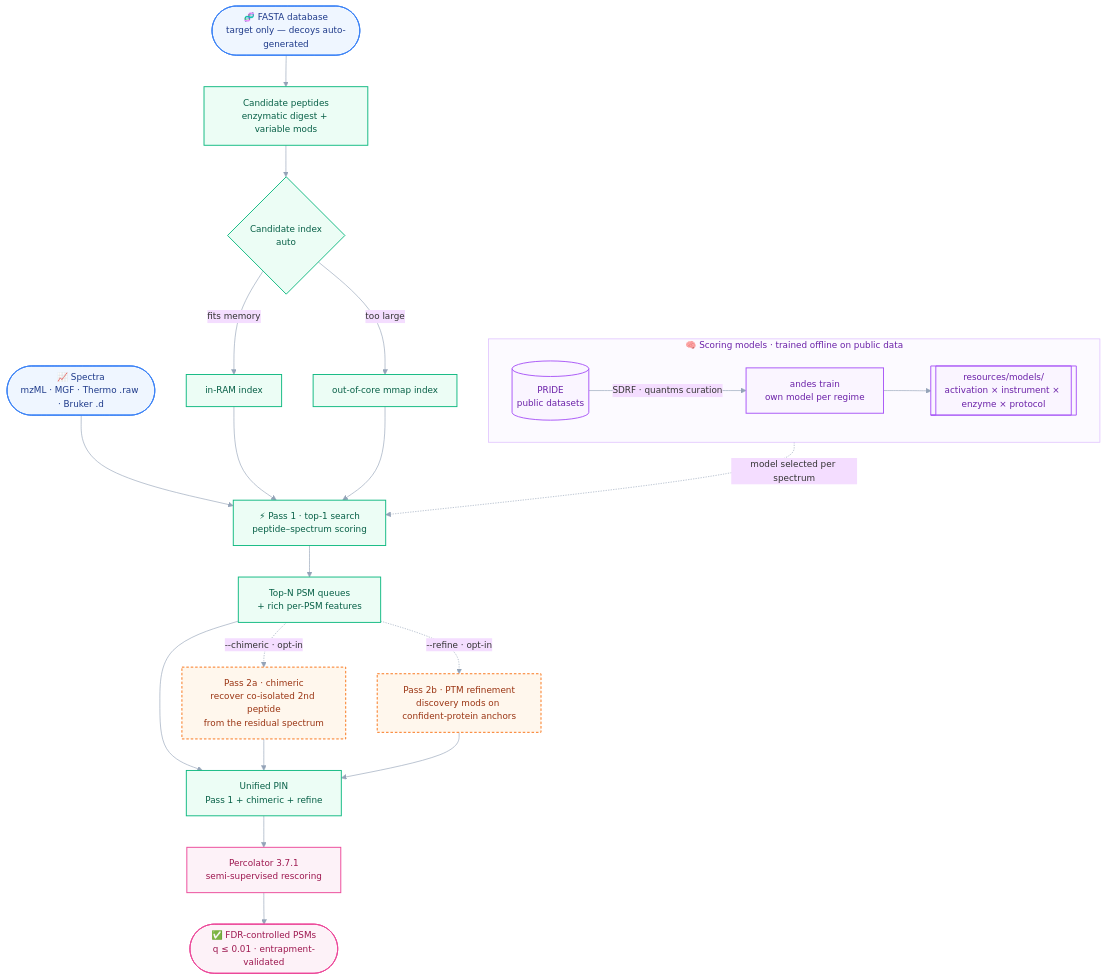
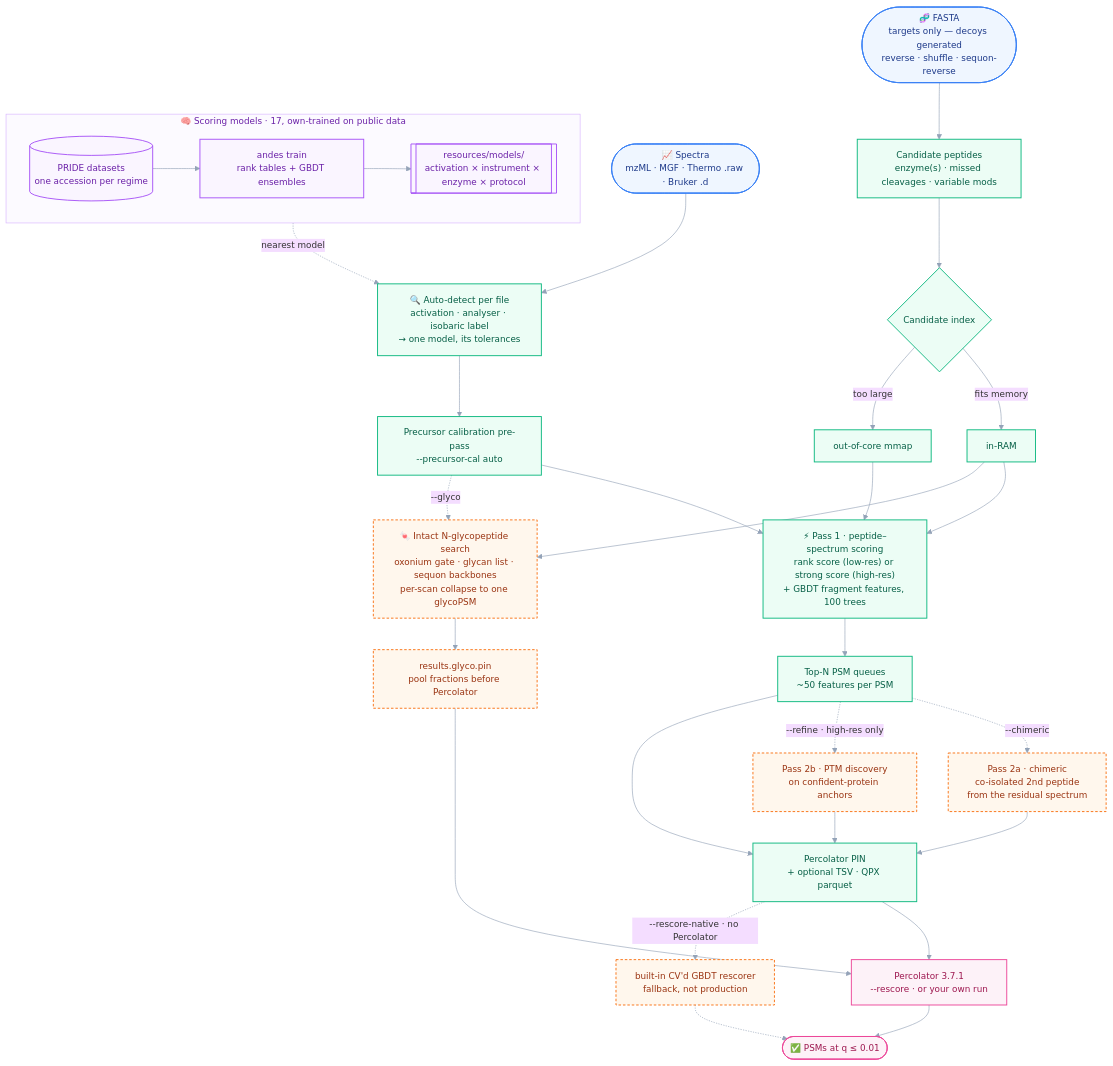
The diagram in README.md (bigbio/andes), drawn with Mermaid before and after one commit. The commit also changed other lines of this file, not shown here.

Commit message:
docs(readme): bring the How-it-works diagram in line with the engine
The diagram showed a model selected per spectrum (it is per file, from auto-detected
activation, analyser and label), omitted the auto-detection and precursor-calibration
pre-pass, omitted --glyco entirely (a separate pipeline with its own PIN that must be
pooled before Percolator), omitted the native rescorer fallback, credited an SDRF/quantms
curation step the training path no longer uses, and labelled the output
entrapment-validated, which is a benchmark measurement rather than an engine step. The
numbered steps are rewritten to match, including score-mode selection and the 100-tree
default.

````diff
--- a/README.md
+++ b/README.md
@@ -57,51 +58,63 @@
 ```mermaid
 %%{init: {"theme":"base","themeVariables":{"fontFamily":"ui-sans-serif, system-ui, sans-serif","fontSize":"14px","lineColor":"#94a3b8","primaryBorderColor":"#cbd5e1"}}}%%
 flowchart TD
     %% ---- Scoring models (trained offline) ----
-    subgraph TRAIN["🧠 Scoring models · trained offline on public data"]
+    subgraph TRAIN["🧠 Scoring models · 17, own-trained on public data"]
       direction LR
-      PRIDE[("PRIDE<br/>public datasets")] -->|"SDRF · quantms curation"| TR["andes train<br/>own model per regime"]
+      PRIDE[("PRIDE datasets<br/>one accession per regime")] --> TR["andes train<br/>rank tables + GBDT ensembles"]
       TR --> STORE[["resources/models/<br/>activation × instrument × enzyme × protocol"]]
     end
 
     %% ---- Inputs ----
     SPEC(["📈 Spectra<br/>mzML · MGF · Thermo .raw · Bruker .d"])
-    DB(["🧬 FASTA database<br/>target only — decoys auto-generated"])
+    DB(["🧬 FASTA<br/>targets only — decoys generated<br/>reverse · shuffle · sequon-reverse"])
+
+    %% ---- Resolve the run ----
+    SPEC --> DET["🔍 Auto-detect per file<br/>activation · analyser · isobaric label<br/>→ one model, its tolerances"]
+    STORE -. nearest model .-> DET
+    DET --> CAL["Precursor calibration pre-pass<br/>--precursor-cal auto"]
 
     %% ---- Candidate generation ----
-    DB --> CAND["Candidate peptides<br/>enzymatic digest + variable mods"]
-    CAND --> IDX{"Candidate index<br/>auto"}
-    IDX -->|"fits memory"| RAM["in-RAM index"]
-    IDX -->|"too large"| MMAP["out-of-core mmap index"]
+    DB --> CAND["Candidate peptides<br/>enzyme(s) · missed cleavages · variable mods"]
+    CAND --> IDX{"Candidate index"}
+    IDX -->|"fits memory"| RAM["in-RAM"]
+    IDX -->|"too large"| MMAP["out-of-core mmap"]
 
     %% ---- Pass 1 ----
-    SPEC --> P1["⚡ Pass 1 · top-1 search<br/>peptide–spectrum scoring"]
+    CAL --> P1["⚡ Pass 1 · peptide–spectrum scoring<br/>rank score (low-res) or strong score (high-res)<br/>+ GBDT fragment features, 100 trees"]
     RAM --> P1
     MMAP --> P1
-    STORE -. model selected per spectrum .-> P1
-    P1 --> QUEUE["Top-N PSM queues<br/>+ rich per-PSM features"]
+    P1 --> QUEUE["Top-N PSM queues<br/>~50 features per PSM"]
 
     %% ---- Optional second passes ----
-    QUEUE -.->|"--chimeric · opt-in"| CHIM["Pass 2a · chimeric<br/>recover co-isolated 2nd peptide<br/>from the residual spectrum"]
-    QUEUE -.->|"--refine · opt-in"| REF["Pass 2b · PTM refinement<br/>discovery mods on confident-protein anchors"]
+    QUEUE -.->|"--chimeric"| CHIM["Pass 2a · chimeric<br/>co-isolated 2nd peptide<br/>from the residual spectrum"]
+    QUEUE -.->|"--refine · high-res only"| REF["Pass 2b · PTM discovery<br/>on confident-protein anchors"]
+
+    %% ---- Glyco branch ----
+    CAL -.->|"--glyco"| GLY["🍬 Intact N-glycopeptide search<br/>oxonium gate · glycan list · sequon backbones<br/>per-scan collapse to one glycoPSM"]
+    RAM --> GLY
+    GLY --> GPIN["results.glyco.pin<br/>pool fractions before Percolator"]
 
     %% ---- Merge + rescore ----
-    QUEUE --> MERGE["Unified PIN<br/>Pass 1 + chimeric + refine"]
-    CHIM --> MERGE
-    REF --> MERGE
-    MERGE --> PERC["Percolator 3.7.1<br/>semi-supervised rescoring"]
-    PERC --> OUT(["✅ FDR-controlled PSMs<br/>q ≤ 0.01 · entrapment-validated"])
+    QUEUE --> PIN["Percolator PIN<br/>+ optional TSV · QPX parquet"]
+    CHIM --> PIN
+    REF --> PIN
+    PIN --> PERC["Percolator 3.7.1<br/>--rescore · or your own run"]
+    GPIN --> PERC
+    PERC --> OUT(["✅ PSMs at q ≤ 0.01"])
+    PIN -.->|"--rescore-native · no Percolator"| NAT["built-in CV'd GBDT rescorer<br/>fallback, not production"]
+    NAT -.-> OUT
 
     %% ---- palette ----
     classDef io      fill:#eff6ff,stroke:#3b82f6,stroke-width:1.5px,color:#1e3a8a;
     classDef model   fill:#faf5ff,stroke:#a855f7,stroke-width:1.5px,color:#6b21a8;
     classDef core    fill:#ecfdf5,stroke:#10b981,stroke-width:1.5px,color:#065f46;
     classDef opt     fill:#fff7ed,stroke:#f97316,stroke-width:1.5px,color:#9a3412,stroke-dasharray:4 3;
     classDef out     fill:#fdf2f8,stroke:#ec4899,stroke-width:1.5px,color:#9d174f;
     class SPEC,DB io;
     class PRIDE,TR,STORE model;
-    class CAND,IDX,RAM,MMAP,P1,QUEUE,MERGE core;
-    class CHIM,REF opt;
+    class DET,CAL,CAND,IDX,RAM,MMAP,P1,QUEUE,PIN core;
+    class CHIM,REF,GLY,GPIN,NAT opt;
     class PERC,OUT out;
     style TRAIN fill:#fcfaff,stroke:#d8b4fe,stroke-width:1px,color:#6b21a8;
 ```
````
